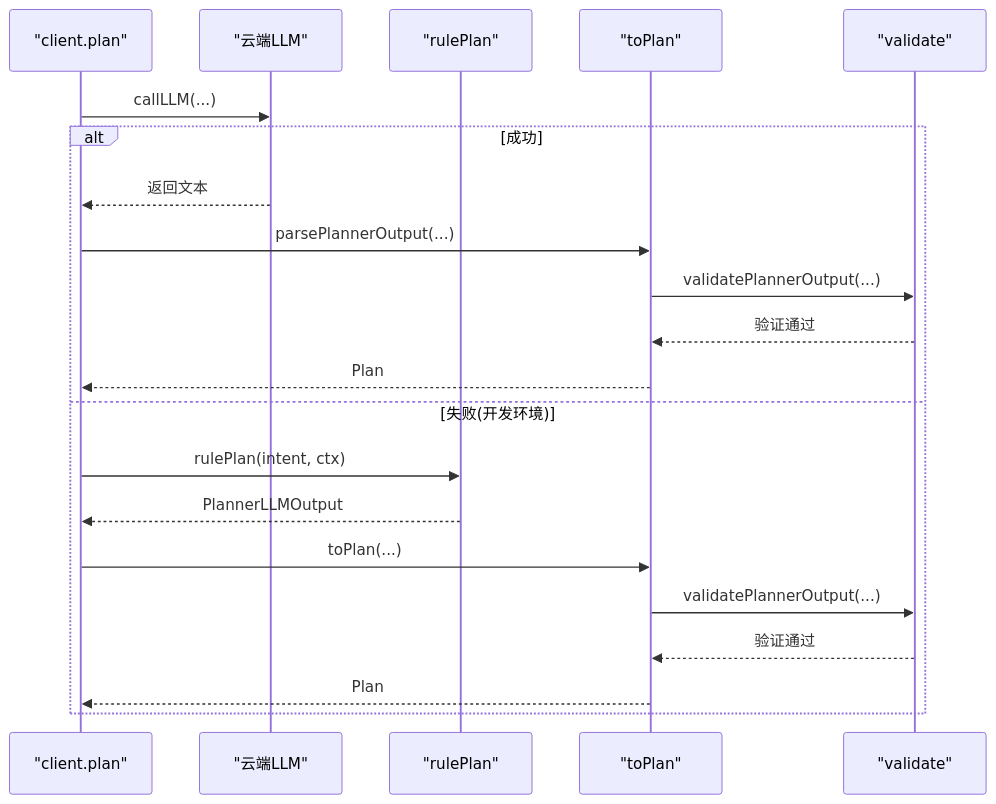
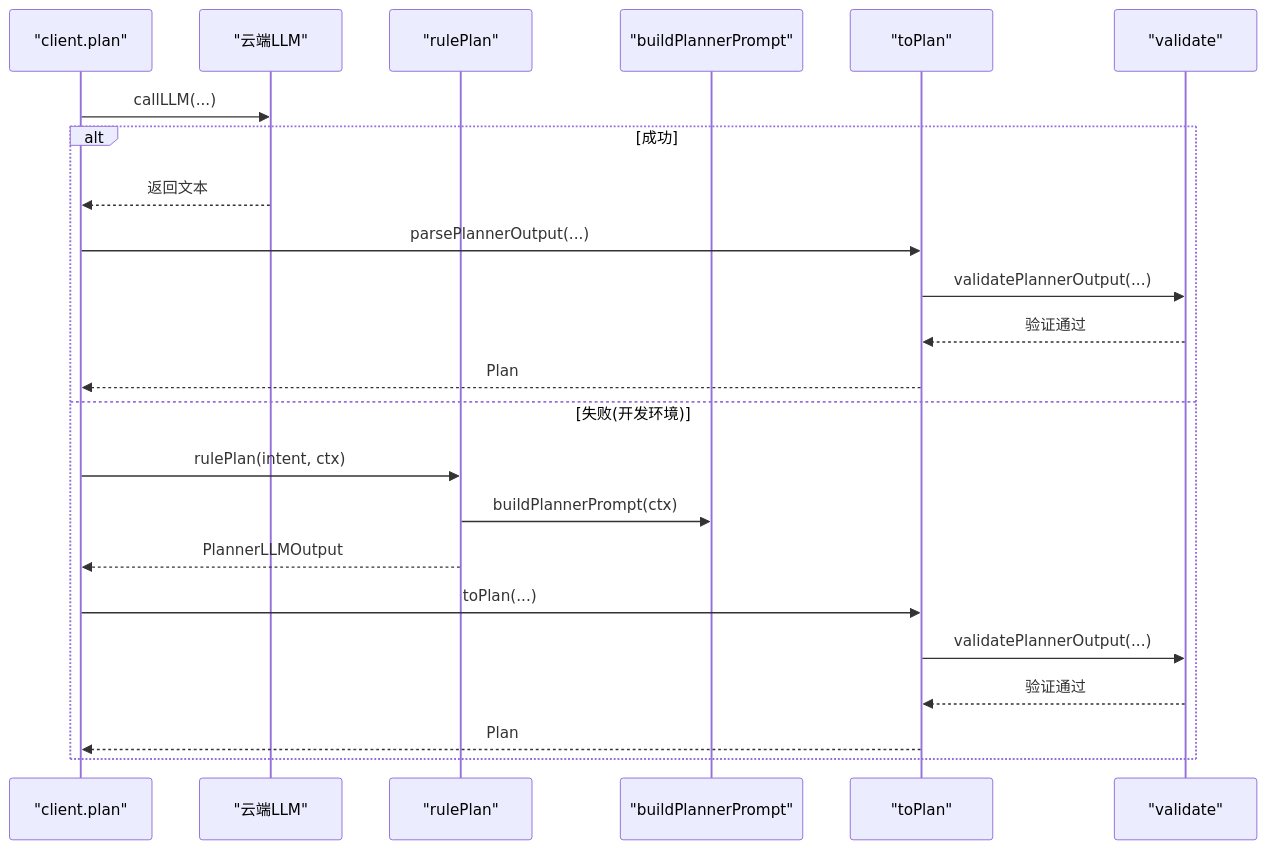
Before and after one commit to Ichi-Hackton/WAIC-WeChat-MiniProgram: the fifth of 8 diagrams in .qoder/repowiki/zh/content/LLM集成/规则规划器.md, drawn with Mermaid. The commit also changed other lines of this file and 28 other files, not shown here.

````diff
--- a/.qoder/repowiki/zh/content/LLM集成/规则规划器.md
+++ b/.qoder/repowiki/zh/content/LLM集成/规则规划器.md
@@ -272,23 +289,25 @@
 ```mermaid
 sequenceDiagram
 participant Client as "client.plan"
 participant Cloud as "云端LLM"
 participant Rule as "rulePlan"
+participant Prompt as "buildPlannerPrompt"
 participant Parser as "toPlan"
 participant Validator as "validate"
 Client->>Cloud : callLLM(...)
 alt 成功
 Cloud-->>Client : 返回文本
 Client->>Parser : parsePlannerOutput(...)
 Parser->>Validator : validatePlannerOutput(...)
 Validator-->>Parser : 验证通过
 Parser-->>Client : Plan
 else 失败(开发环境)
 Client->>Rule : rulePlan(intent, ctx)
+Rule->>Prompt : buildPlannerPrompt(ctx)
 Rule-->>Client : PlannerLLMOutput
 Client->>Parser : toPlan(...)
 Parser->>Validator : validatePlannerOutput(...)
 Validator-->>Parser : 验证通过
 Parser-->>Client : Plan
 end
 ```
````
